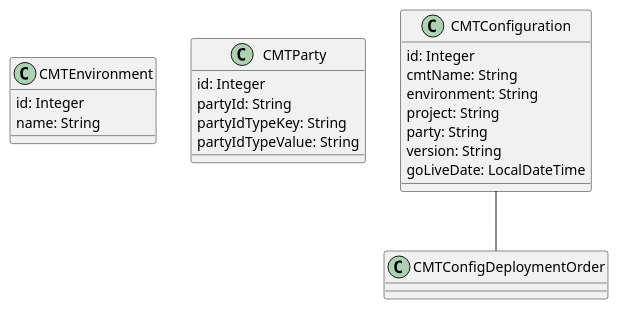
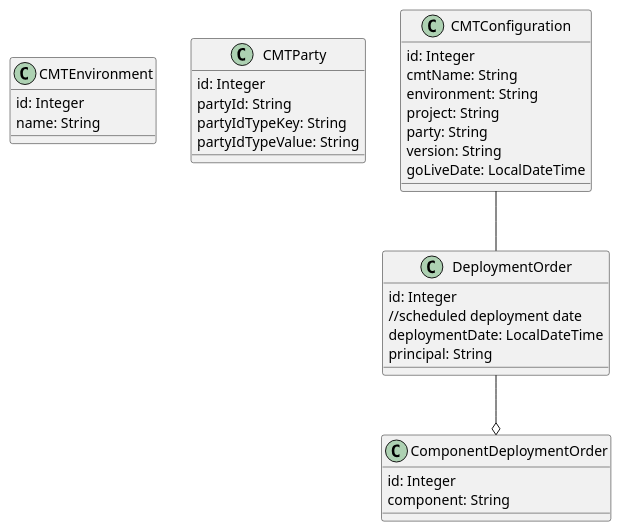
Before and after one commit to e-codex/ccdm: the diagram in src/docs/asciidoc/database.adoc, drawn with PlantUML. The commit also changed 12 other files, not shown here.

Commit message:
add interfaces / services for deployment order features

```diff
--- a/src/docs/asciidoc/database.adoc
+++ b/src/docs/asciidoc/database.adoc
@@ -5,36 +5,46 @@
 [plantuml,entity_model]
 ----
 @startuml
 
 class CMTEnvironment {
   id: Integer
   name: String
 }
 
 class CMTParty {
   id: Integer
   partyId: String
   partyIdTypeKey: String
   partyIdTypeValue: String
 }
 
 
 class CMTConfiguration {
   id: Integer
   cmtName: String
   environment: String
   project: String
   party: String
   version: String
   goLiveDate: LocalDateTime
 
 }
 
-class CMTConfigDeploymentOrder {
+class DeploymentOrder {
+  id: Integer
+  //scheduled deployment date
+  deploymentDate: LocalDateTime
+  principal: String
 }
 
-CMTConfiguration -- CMTConfigDeploymentOrder
+class ComponentDeploymentOrder {
+  id: Integer
+  component: String
+}
+
+CMTConfiguration -- DeploymentOrder
+DeploymentOrder --o ComponentDeploymentOrder
 
 
 @enduml
 ----
```
